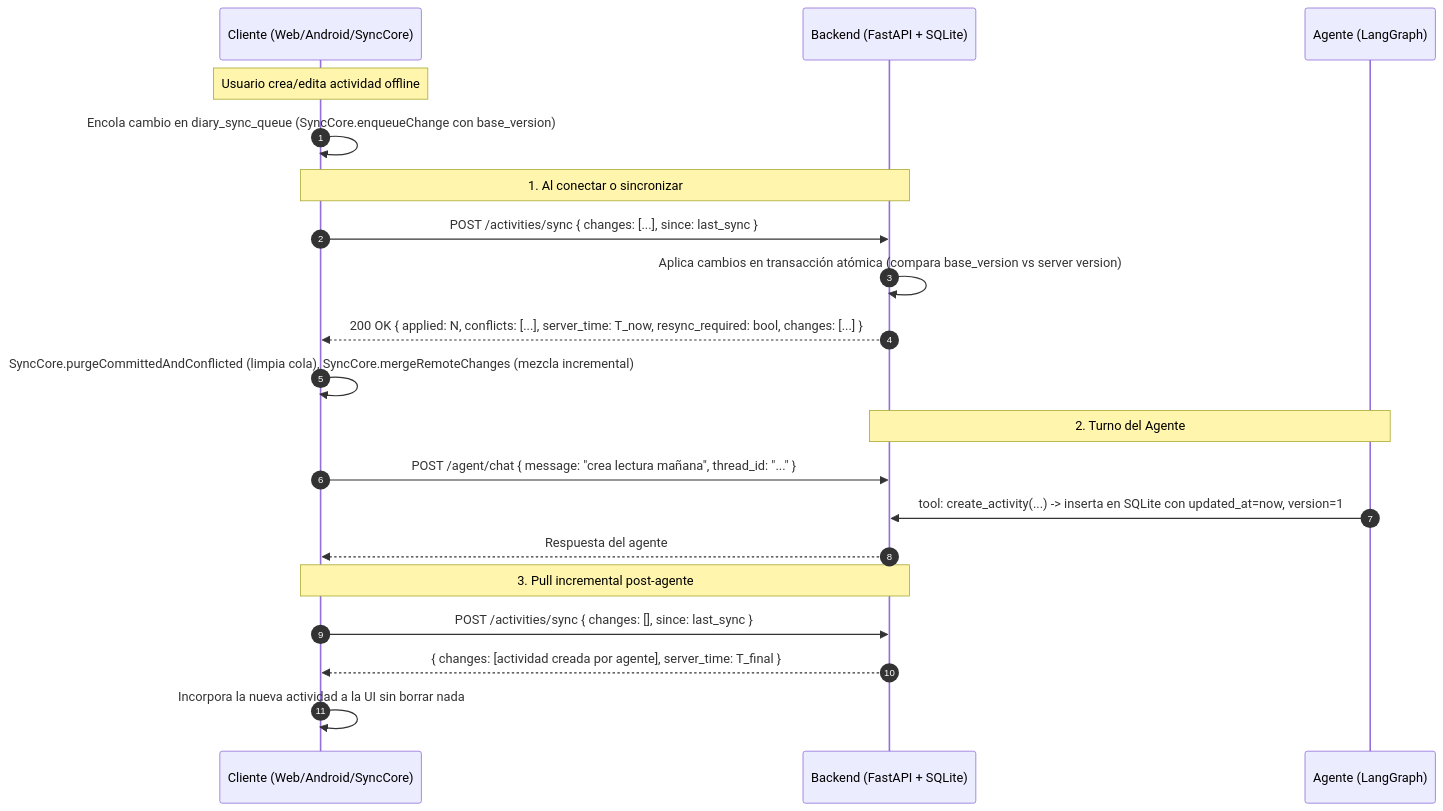
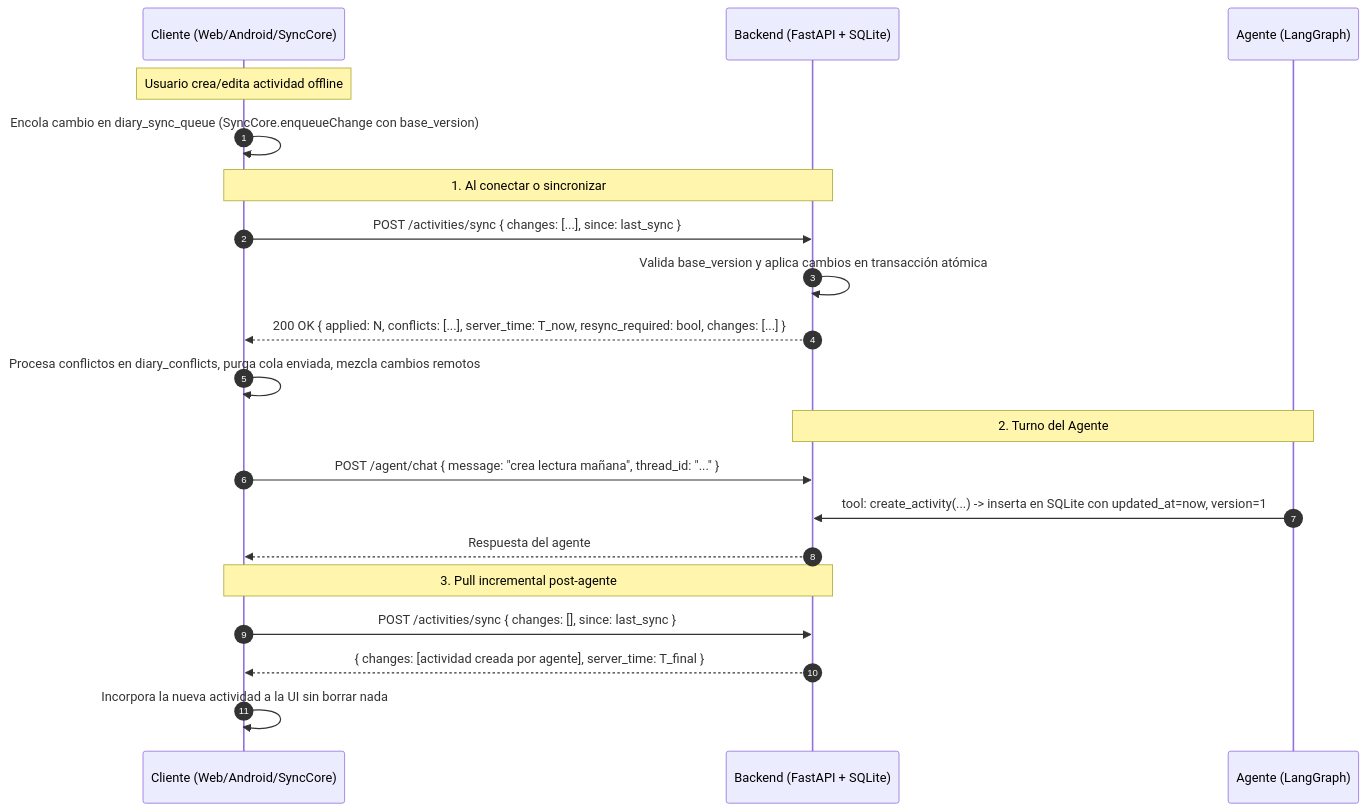
The diagram in docs/sync.md (EderCabascango/Agenda-bot), drawn with Mermaid before and after one commit. The commit also changed other lines of this file and 8 other files, not shown here.

````diff
--- a/docs/sync.md
+++ b/docs/sync.md
@@ -26,27 +26,27 @@
 ```mermaid
 sequenceDiagram
     autonumber
     participant Cliente as Cliente (Web/Android/SyncCore)
     participant Backend as Backend (FastAPI + SQLite)
     participant Agente as Agente (LangGraph)
 
     Note over Cliente: Usuario crea/edita actividad offline
     Cliente->>Cliente: Encola cambio en diary_sync_queue (SyncCore.enqueueChange con base_version)
 
     Note over Cliente,Backend: 1. Al conectar o sincronizar
     Cliente->>Backend: POST /activities/sync { changes: [...], since: last_sync }
-    Backend->>Backend: Aplica cambios en transacción atómica (compara base_version vs server version)
+    Backend->>Backend: Valida base_version y aplica cambios en transacción atómica
     Backend-->>Cliente: 200 OK { applied: N, conflicts: [...], server_time: T_now, resync_required: bool, changes: [...] }
     
-    Cliente->>Cliente: SyncCore.purgeCommittedAndConflicted (limpia cola), SyncCore.mergeRemoteChanges (mezcla incremental)
+    Cliente->>Cliente: Procesa conflictos en diary_conflicts, purga cola enviada, mezcla cambios remotos
 
     Note over Backend,Agente: 2. Turno del Agente
     Cliente->>Backend: POST /agent/chat { message: "crea lectura mañana", thread_id: "..." }
     Agente->>Backend: tool: create_activity(...) -> inserta en SQLite con updated_at=now, version=1
     Backend-->>Cliente: Respuesta del agente
 
     Note over Cliente,Backend: 3. Pull incremental post-agente
     Cliente->>Backend: POST /activities/sync { changes: [], since: last_sync }
     Backend-->>Cliente: { changes: [actividad creada por agente], server_time: T_final }
     Cliente->>Cliente: Incorpora la nueva actividad a la UI sin borrar nada
 ```
````
